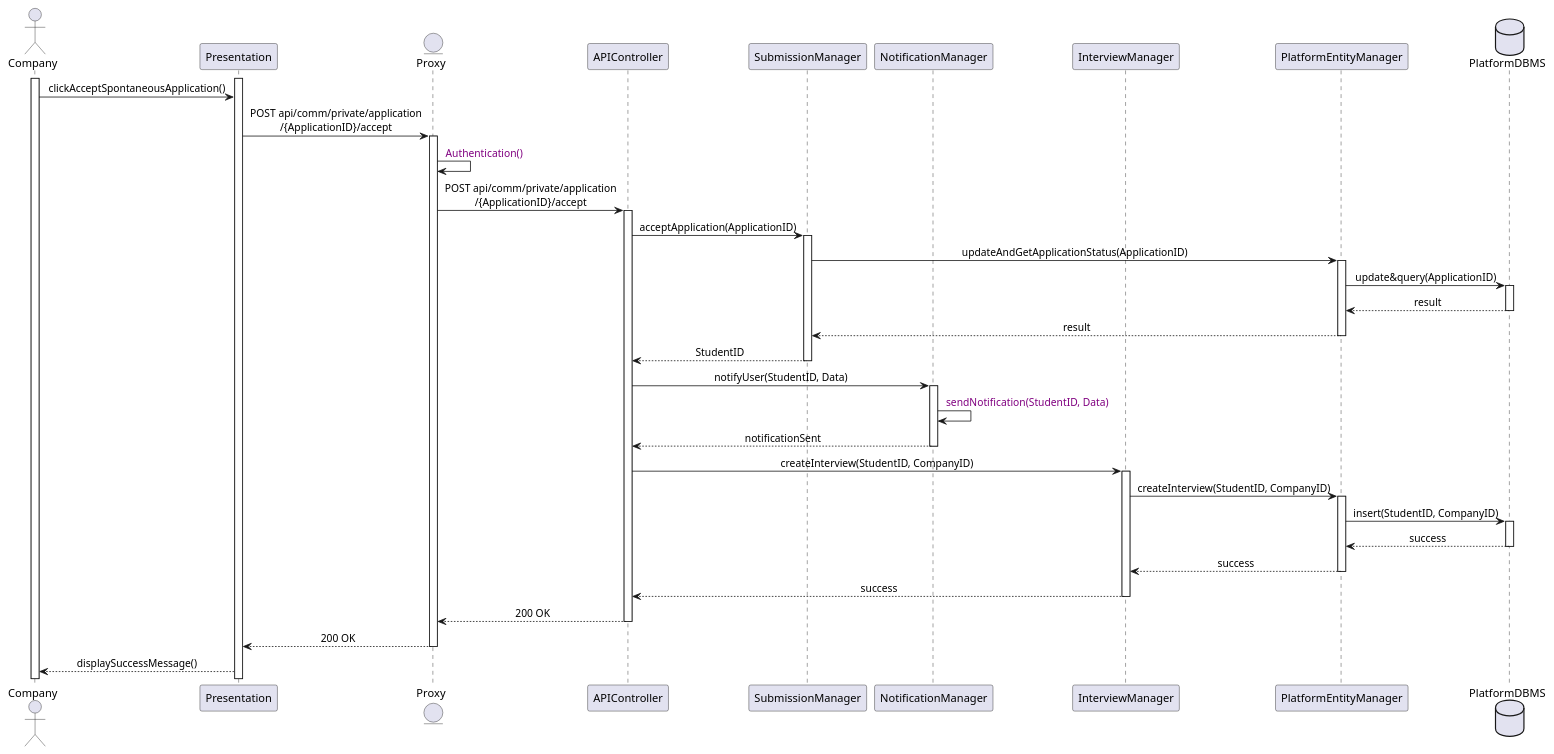
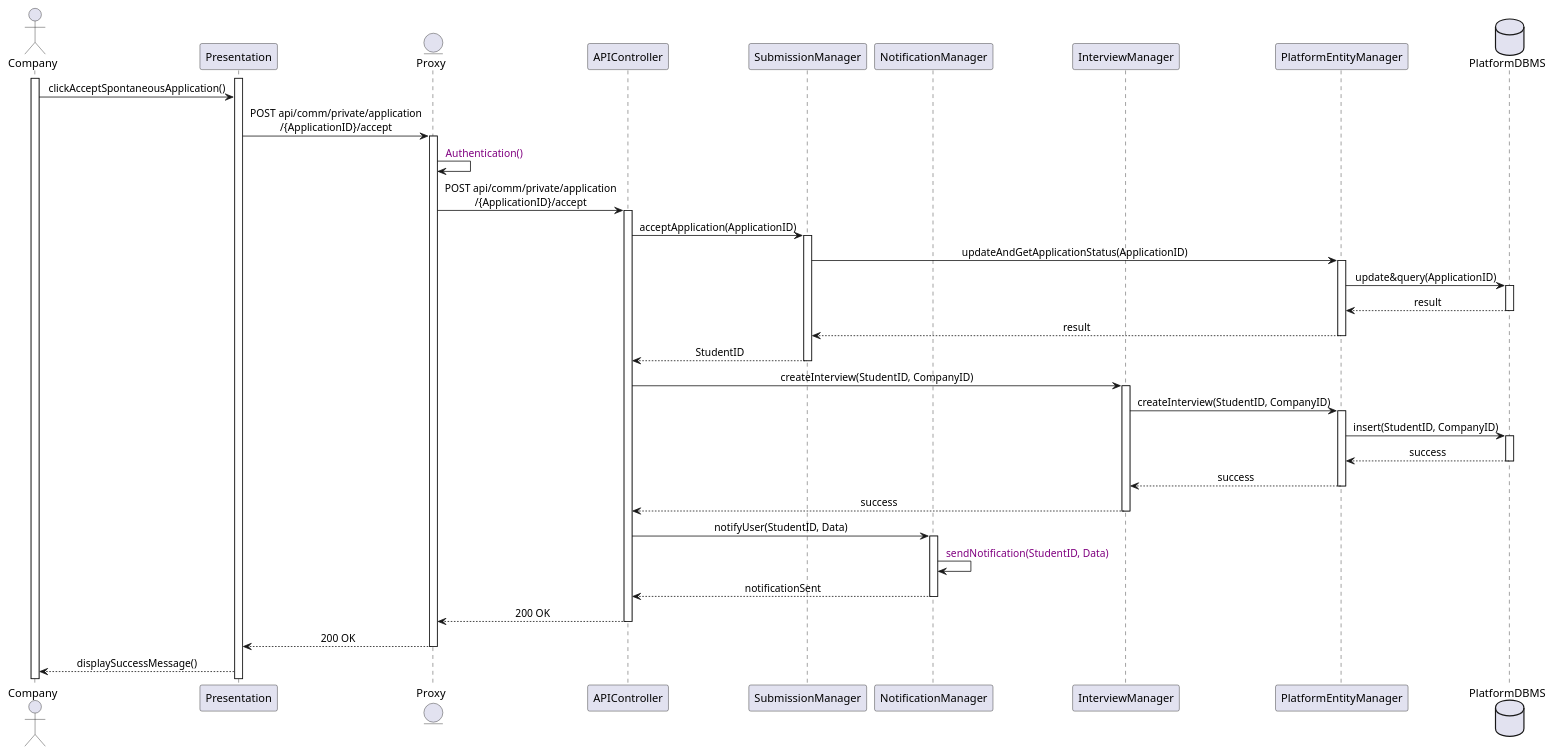
The diagram in Diagrams/SequenceDiagrams/DD/8CompanyAcceptsSpontaneousApplication.wsd (Slaitroc/RicciPaoliGrisoni), drawn with PlantUML before and after one commit. The commit also changed other lines of this file and 2 other files, not shown here.

Commit message:
Minor diagram fixes

```diff
--- a/Diagrams/SequenceDiagrams/DD/8CompanyAcceptsSpontaneousApplication.wsd
+++ b/Diagrams/SequenceDiagrams/DD/8CompanyAcceptsSpontaneousApplication.wsd
@@ -1,41 +1,41 @@
 @startuml Company Accepts Spontaneous Application
 skinparam sequenceMessageAlign center
 
 actor       Company
 participant Presentation
 entity      Proxy
 participant APIController
 participant SubmissionManager
 participant NotificationManager
 participant InterviewManager
 participant PlatformEntityManager
 database    PlatformDBMS
 
 activate Company
 activate Presentation
 Company -> Presentation : clickAcceptSpontaneousApplication()
 Presentation -> Proxy ++ : POST api/comm/private/application\n/{ApplicationID}/accept
 Proxy -> Proxy : <color:purple> Authentication()
 Proxy -> APIController ++ : POST api/comm/private/application\n/{ApplicationID}/accept
 APIController -> SubmissionManager ++ : acceptApplication(ApplicationID)
 SubmissionManager -> PlatformEntityManager ++ : updateAndGetApplicationStatus(ApplicationID)
 PlatformEntityManager -> PlatformDBMS ++ : update&query(ApplicationID)
 PlatformDBMS --> PlatformEntityManager -- : result
 PlatformEntityManager --> SubmissionManager -- : result
 SubmissionManager --> APIController -- : StudentID
 
-APIController -> NotificationManager ++ : notifyUser(StudentID, Data)
-NotificationManager -> NotificationManager : <color:purple> sendNotification(StudentID, Data)
-NotificationManager --> APIController -- : notificationSent
 APIController -> InterviewManager ++ : createInterview(StudentID, CompanyID)
 InterviewManager -> PlatformEntityManager ++ : createInterview(StudentID, CompanyID)
 PlatformEntityManager -> PlatformDBMS ++ : insert(StudentID, CompanyID)
 PlatformDBMS --> PlatformEntityManager -- : success
 PlatformEntityManager --> InterviewManager -- : success
 InterviewManager --> APIController -- : success
+APIController -> NotificationManager ++ : notifyUser(StudentID, Data)
+NotificationManager -> NotificationManager : <color:purple> sendNotification(StudentID, Data)
+NotificationManager --> APIController -- : notificationSent
 APIController --> Proxy : 200 OK 
 deactivate APIController
 Proxy --> Presentation : 200 OK 
 deactivate Proxy
 Presentation --> Company : displaySuccessMessage()
 @enduml
```
